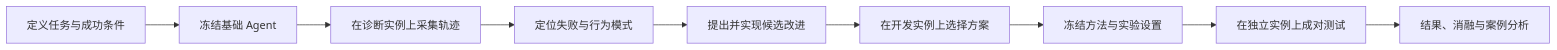
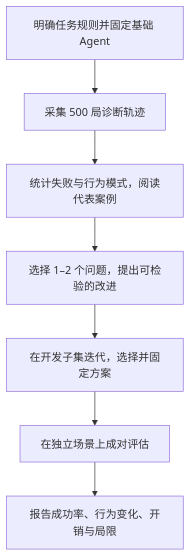
One commit to JianzheLi/civrealm-agent-study changed the diagram in README.md. Above: the diagram before and after it, drawn with Mermaid. The commit also changed other lines of this file and 12 other files, not shown here.

````diff
--- a/README.md
+++ b/README.md
@@ -21,11 +35,11 @@
 ```mermaid
-flowchart LR
-    A["定义任务与成功条件"] --> B["冻结基础 Agent"]
-    B --> C["在诊断实例上采集轨迹"]
-    C --> D["定位失败与行为模式"]
-    D --> E["提出并实现候选改进"]
-    E --> F["在开发实例上选择方案"]
-    F --> G["冻结方法与实验设置"]
-    G --> H["在独立实例上成对测试"]
-    H --> I["结果、消融与案例分析"]
+flowchart TD
+    accTitle: CivRealm LLM Study Workflow
+    accDescr: 从任务和基础Agent准备开始，采集五百局诊断轨迹，分析共同失败，开发有针对性的改进，再在独立场景上配对评估并报告表现与开销。
+    prepare["明确任务规则并固定基础 Agent"] --> diagnose["采集 500 局诊断轨迹"]
+    diagnose --> analyze["统计失败与行为模式，阅读代表案例"]
+    analyze --> propose["选择 1–2 个问题，提出可检验的改进"]
+    propose --> develop["在开发子集迭代，选择并固定方案"]
+    develop --> evaluate["在独立场景上成对评估"]
+    evaluate --> report["报告成功率、行为变化、开销与局限"]
 ```
````
